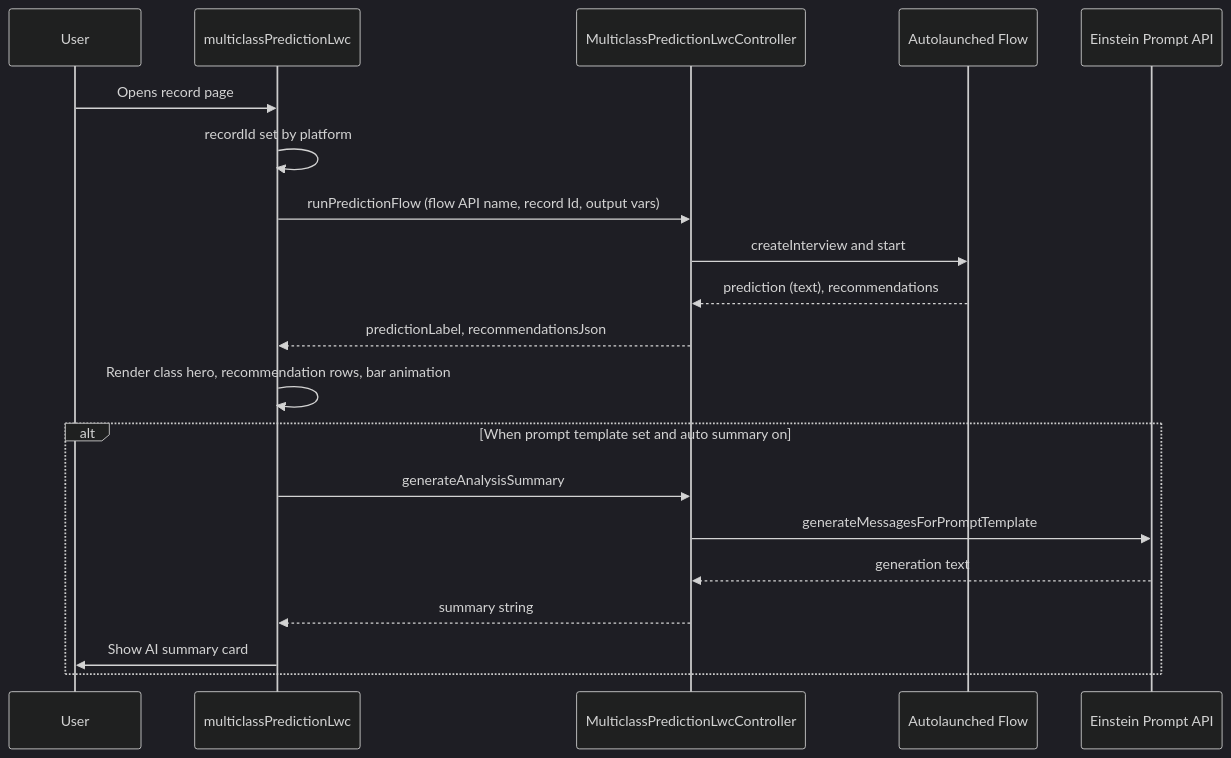
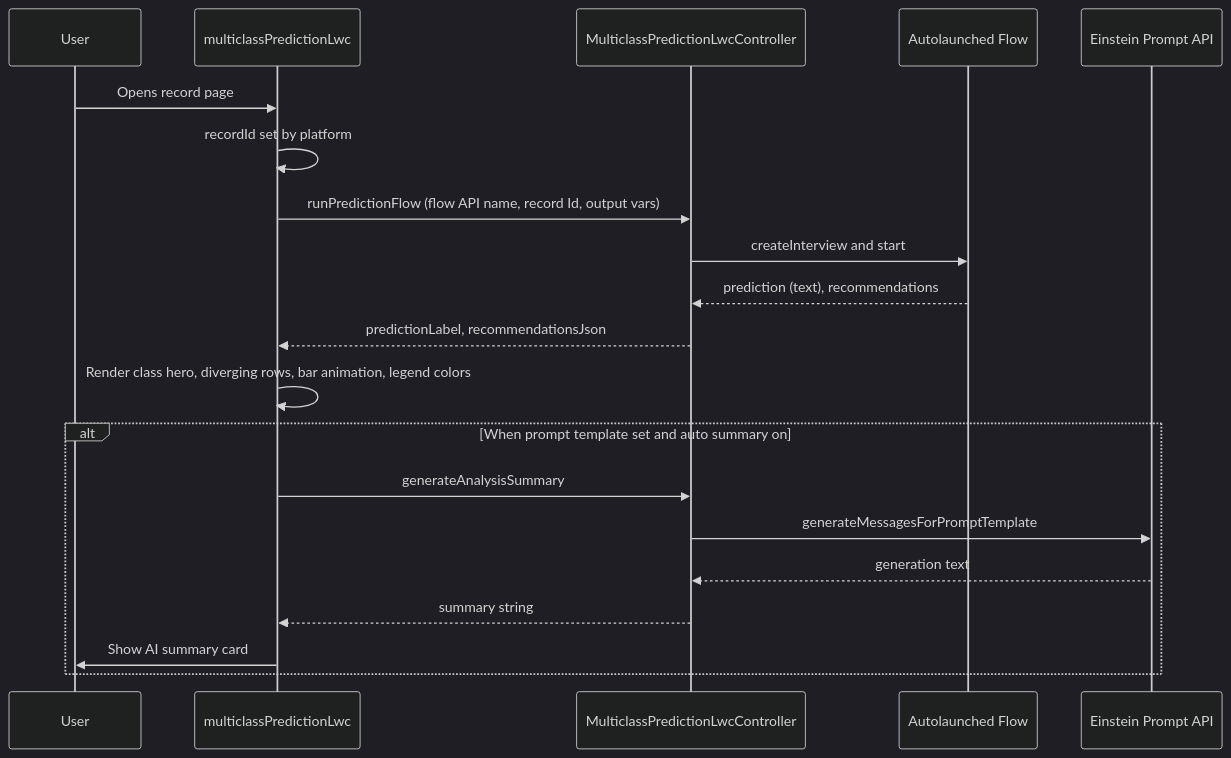
Before and after one commit to josers18/JDO: the first of 3 diagrams in DC_Multiclass_Prediction_LWC/docs/ARCHITECTURE.md, drawn with Mermaid (dark theme). The commit also changed other lines of this file and 11 other files, not shown here.

First line of the commit message:
docs(DC_Multiclass_Prediction_LWC): sync documentation with diverging chart UI

````diff
--- a/DC_Multiclass_Prediction_LWC/docs/ARCHITECTURE.md
+++ b/DC_Multiclass_Prediction_LWC/docs/ARCHITECTURE.md
@@ -20,24 +20,24 @@
 ```mermaid
 sequenceDiagram
     participant User
     participant LWC as multiclassPredictionLwc
     participant Apex as MulticlassPredictionLwcController
     participant Flow as Autolaunched Flow
     participant LLM as Einstein Prompt API
 
     User->>LWC: Opens record page
     LWC->>LWC: recordId set by platform
     LWC->>Apex: runPredictionFlow (flow API name, record Id, output vars)
     Apex->>Flow: createInterview and start
     Flow-->>Apex: prediction (text), recommendations
     Apex-->>LWC: predictionLabel, recommendationsJson
-    LWC->>LWC: Render class hero, recommendation rows, bar animation
+    LWC->>LWC: Render class hero, diverging rows, bar animation, legend colors
 
     alt When prompt template set and auto summary on
         LWC->>Apex: generateAnalysisSummary
         Apex->>LLM: generateMessagesForPromptTemplate
         LLM-->>Apex: generation text
         Apex-->>LWC: summary string
         LWC->>User: Show AI summary card
     end
 ```
````
